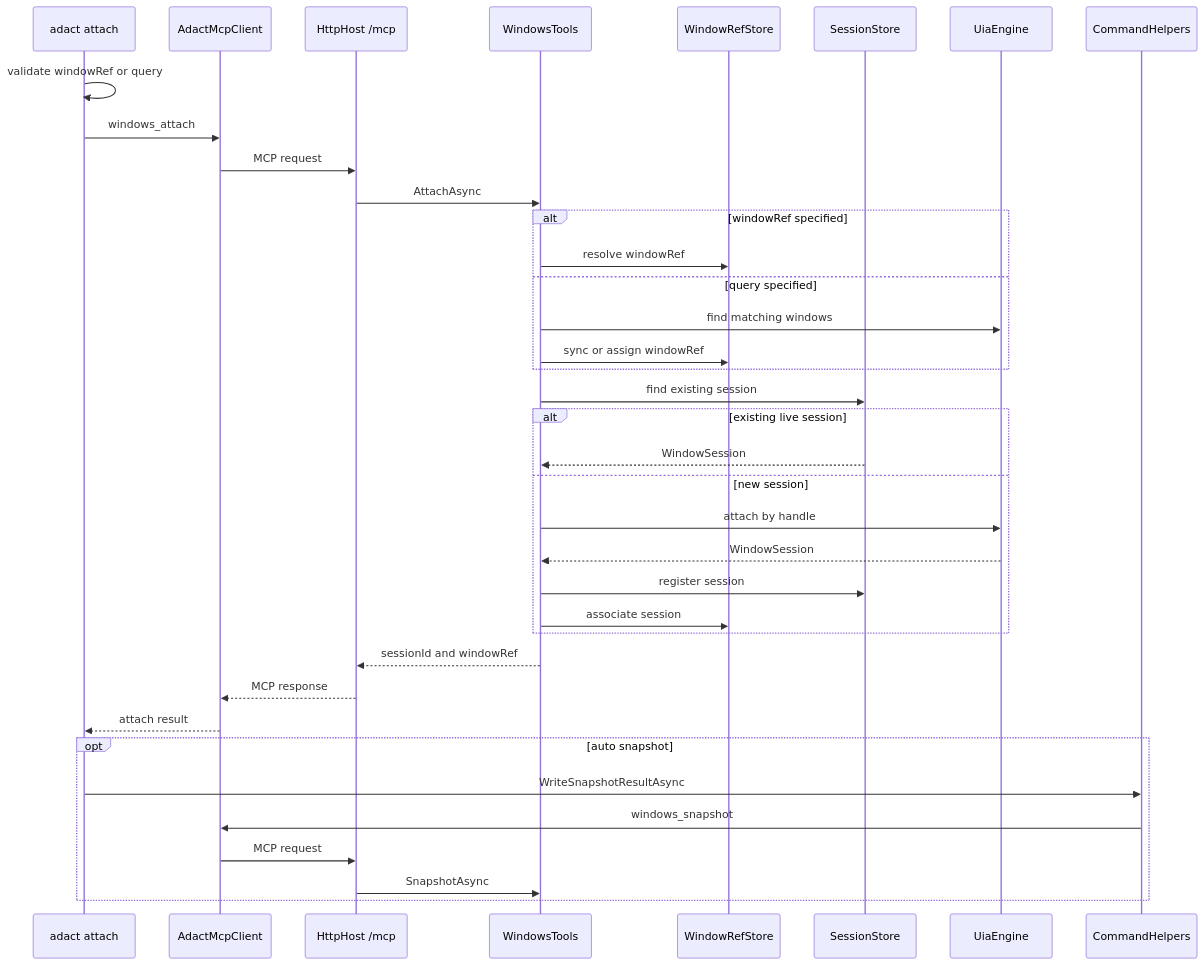
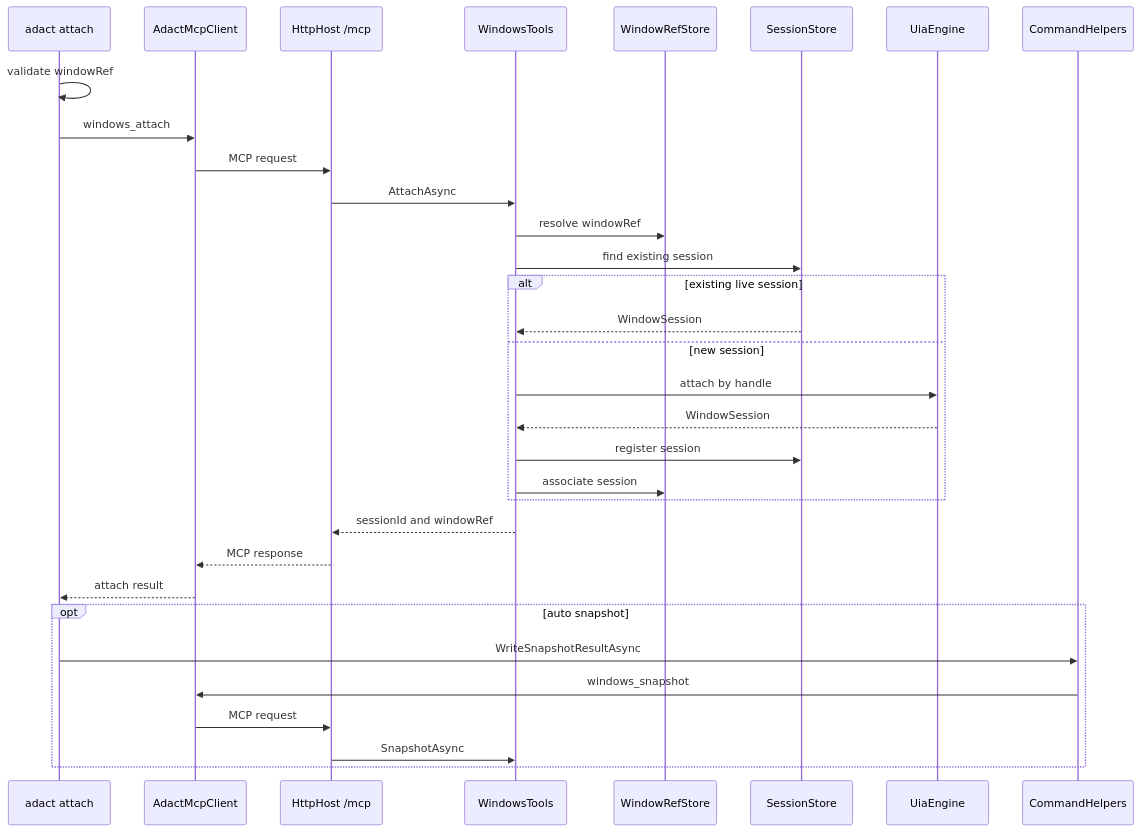
One commit to 84q/adact changed the second of 4 diagrams in docs/architecture/command-flows.md. Above: the diagram before and after it, drawn with Mermaid. The commit also changed other lines of this file and 31 other files, not shown here.

First line of the commit message:
refactor(attach): simplify windows_attach to windowRef-only

````diff
--- a/docs/architecture/command-flows.md
+++ b/docs/architecture/command-flows.md
@@ -57,40 +57,35 @@
 ```mermaid
 sequenceDiagram
 	participant CLI as adact attach
 	participant Client as AdactMcpClient
 	participant Host as HttpHost /mcp
 	participant Tools as WindowsTools
 	participant Windows as WindowRefStore
 	participant Sessions as SessionStore
 	participant Engine as UiaEngine
 	participant Cmd as CommandHelpers
 
-	CLI->>CLI: validate windowRef or query
+	CLI->>CLI: validate windowRef
 	CLI->>Client: windows_attach
 	Client->>Host: MCP request
 	Host->>Tools: AttachAsync
-	alt windowRef specified
-		Tools->>Windows: resolve windowRef
-	else query specified
-		Tools->>Engine: find matching windows
-		Tools->>Windows: sync or assign windowRef
-	end
+	Tools->>Windows: resolve windowRef
 	Tools->>Sessions: find existing session
 	alt existing live session
 		Sessions-->>Tools: WindowSession
 	else new session
 		Tools->>Engine: attach by handle
 		Engine-->>Tools: WindowSession
 		Tools->>Sessions: register session
 		Tools->>Windows: associate session
 	end
 	Tools-->>Host: sessionId and windowRef
 	Host-->>Client: MCP response
 	Client-->>CLI: attach result
 	opt auto snapshot
 		CLI->>Cmd: WriteSnapshotResultAsync
 		Cmd->>Client: windows_snapshot
 		Client->>Host: MCP request
 		Host->>Tools: SnapshotAsync
 	end
 ```
````
